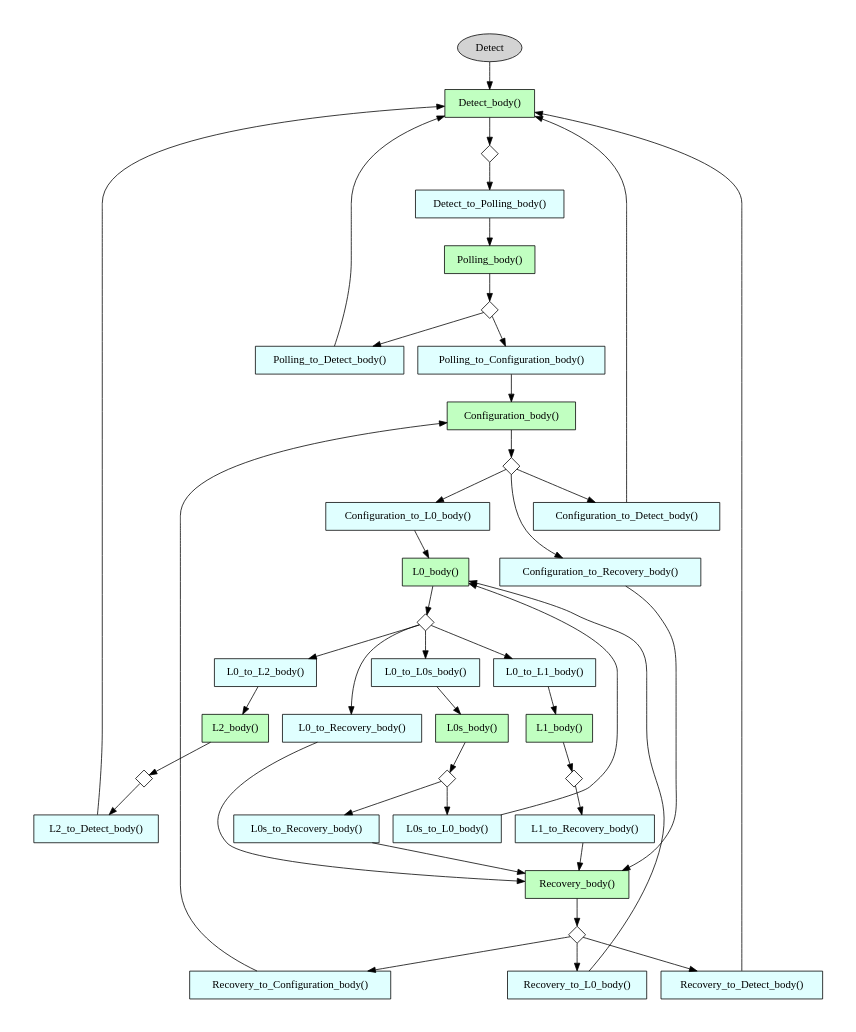
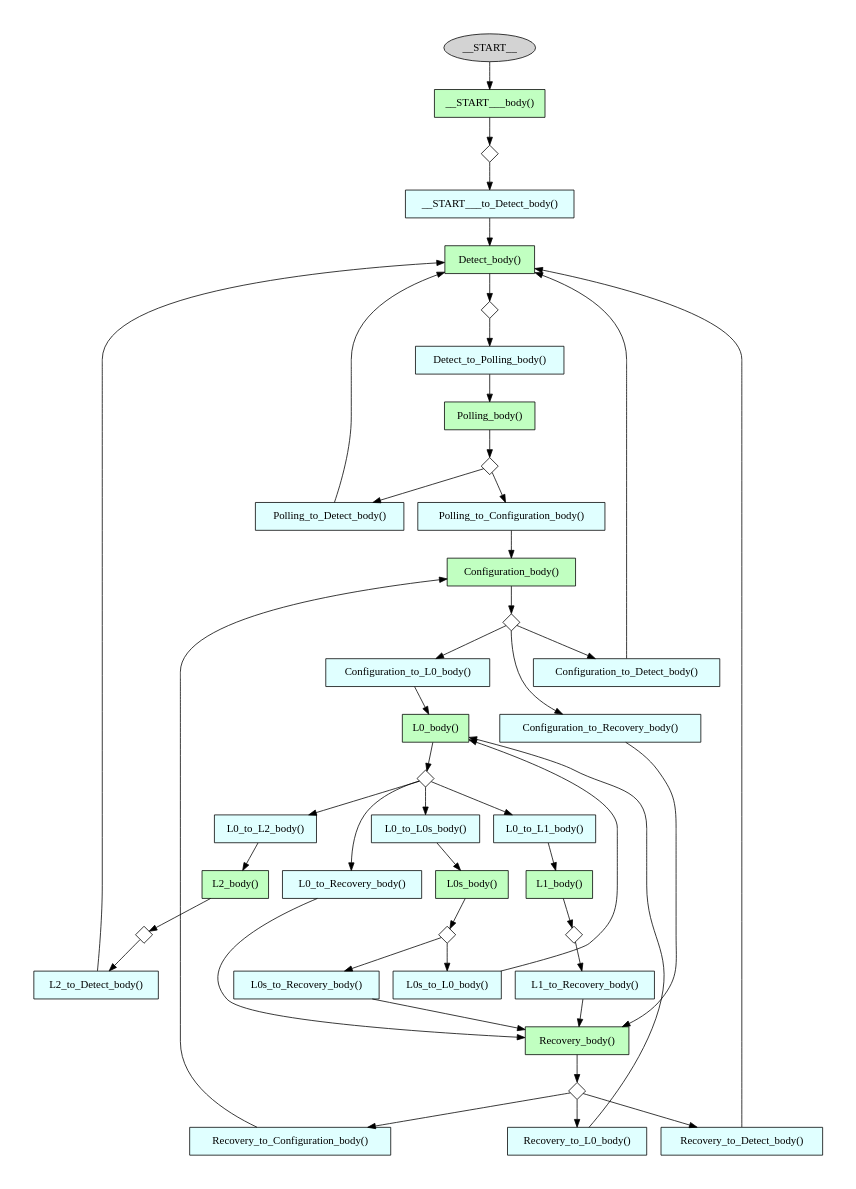
The diagram in examples/pcie_link_training/pcie_link_training_pkg/src/sv/pcie_link_training_full_graphviz.dot (stepannotuser/ugrasp_mode), drawn with Graphviz before and after one commit. The commit also changed 39 other files, not shown here.

```diff
--- a/examples/pcie_link_training/pcie_link_training_pkg/src/sv/pcie_link_training_full_graphviz.dot
+++ b/examples/pcie_link_training/pcie_link_training_pkg/src/sv/pcie_link_training_full_graphviz.dot
@@ -1,85 +1,90 @@
 // SVGraph pcie_link_training
 // File    pcie_link_training_full_graphviz.dot
 
 
 digraph pcie_link_training {
   pad="0.5"
-
-  Detect [label="Detect" fillcolor=lightgrey style=filled];
-  Detect -> Detect_body;
+  __START__ [label="__START__" fillcolor=lightgrey style=filled];
+  __START__ -> __START___body;
   Detect_body [label="Detect_body()" shape=box style=filled fillcolor=darkseagreen1];
   Detect_sel [label="" shape=diamond height="0.3" width="0.3"];
   Detect_body -> Detect_sel;
   Detect_to_Polling_body [label="Detect_to_Polling_body()" shape=box style=filled fillcolor=lightcyan];
-  Detect_sel -> Detect_to_Polling_body ;
+  Detect_sel -> Detect_to_Polling_body
   Detect_to_Polling_body -> Polling_body;
   Polling_body [label="Polling_body()" shape=box style=filled fillcolor=darkseagreen1];
   Polling_sel [label="" shape=diamond height="0.3" width="0.3"];
   Polling_body -> Polling_sel;
   Polling_to_Detect_body [label="Polling_to_Detect_body()" shape=box style=filled fillcolor=lightcyan];
-  Polling_sel -> Polling_to_Detect_body ;
+  Polling_sel -> Polling_to_Detect_body
   Polling_to_Detect_body -> Detect_body;
   Polling_to_Configuration_body [label="Polling_to_Configuration_body()" shape=box style=filled fillcolor=lightcyan];
-  Polling_sel -> Polling_to_Configuration_body ;
+  Polling_sel -> Polling_to_Configuration_body
   Polling_to_Configuration_body -> Configuration_body;
   Configuration_body [label="Configuration_body()" shape=box style=filled fillcolor=darkseagreen1];
   Configuration_sel [label="" shape=diamond height="0.3" width="0.3"];
   Configuration_body -> Configuration_sel;
   Configuration_to_L0_body [label="Configuration_to_L0_body()" shape=box style=filled fillcolor=lightcyan];
-  Configuration_sel -> Configuration_to_L0_body ;
+  Configuration_sel -> Configuration_to_L0_body
   Configuration_to_L0_body -> L0_body;
   Configuration_to_Recovery_body [label="Configuration_to_Recovery_body()" shape=box style=filled fillcolor=lightcyan];
-  Configuration_sel -> Configuration_to_Recovery_body ;
+  Configuration_sel -> Configuration_to_Recovery_body
   Configuration_to_Recovery_body -> Recovery_body;
   Configuration_to_Detect_body [label="Configuration_to_Detect_body()" shape=box style=filled fillcolor=lightcyan];
-  Configuration_sel -> Configuration_to_Detect_body ;
+  Configuration_sel -> Configuration_to_Detect_body
   Configuration_to_Detect_body -> Detect_body;
   L0_body [label="L0_body()" shape=box style=filled fillcolor=darkseagreen1];
   L0_sel [label="" shape=diamond height="0.3" width="0.3"];
   L0_body -> L0_sel;
   L0_to_L1_body [label="L0_to_L1_body()" shape=box style=filled fillcolor=lightcyan];
-  L0_sel -> L0_to_L1_body ;
+  L0_sel -> L0_to_L1_body
   L0_to_L1_body -> L1_body;
   L0_to_L0s_body [label="L0_to_L0s_body()" shape=box style=filled fillcolor=lightcyan];
-  L0_sel -> L0_to_L0s_body ;
+  L0_sel -> L0_to_L0s_body
   L0_to_L0s_body -> L0s_body;
   L0_to_L2_body [label="L0_to_L2_body()" shape=box style=filled fillcolor=lightcyan];
-  L0_sel -> L0_to_L2_body ;
+  L0_sel -> L0_to_L2_body
   L0_to_L2_body -> L2_body;
   L0_to_Recovery_body [label="L0_to_Recovery_body()" shape=box style=filled fillcolor=lightcyan];
-  L0_sel -> L0_to_Recovery_body ;
+  L0_sel -> L0_to_Recovery_body
   L0_to_Recovery_body -> Recovery_body;
   Recovery_body [label="Recovery_body()" shape=box style=filled fillcolor=darkseagreen1];
   Recovery_sel [label="" shape=diamond height="0.3" width="0.3"];
   Recovery_body -> Recovery_sel;
   Recovery_to_Configuration_body [label="Recovery_to_Configuration_body()" shape=box style=filled fillcolor=lightcyan];
-  Recovery_sel -> Recovery_to_Configuration_body ;
+  Recovery_sel -> Recovery_to_Configuration_body
   Recovery_to_Configuration_body -> Configuration_body;
   Recovery_to_L0_body [label="Recovery_to_L0_body()" shape=box style=filled fillcolor=lightcyan];
-  Recovery_sel -> Recovery_to_L0_body ;
+  Recovery_sel -> Recovery_to_L0_body
   Recovery_to_L0_body -> L0_body;
   Recovery_to_Detect_body [label="Recovery_to_Detect_body()" shape=box style=filled fillcolor=lightcyan];
-  Recovery_sel -> Recovery_to_Detect_body ;
+  Recovery_sel -> Recovery_to_Detect_body
   Recovery_to_Detect_body -> Detect_body;
   L1_body [label="L1_body()" shape=box style=filled fillcolor=darkseagreen1];
   L1_sel [label="" shape=diamond height="0.3" width="0.3"];
   L1_body -> L1_sel;
   L1_to_Recovery_body [label="L1_to_Recovery_body()" shape=box style=filled fillcolor=lightcyan];
-  L1_sel -> L1_to_Recovery_body ;
+  L1_sel -> L1_to_Recovery_body
   L1_to_Recovery_body -> Recovery_body;
+  L0s_body [label="L0s_body()" shape=box style=filled fillcolor=darkseagreen1];
+  L0s_sel [label="" shape=diamond height="0.3" width="0.3"];
+  L0s_body -> L0s_sel;
+  L0s_to_L0_body [label="L0s_to_L0_body()" shape=box style=filled fillcolor=lightcyan];
+  L0s_sel -> L0s_to_L0_body
+  L0s_to_L0_body -> L0_body;
+  L0s_to_Recovery_body [label="L0s_to_Recovery_body()" shape=box style=filled fillcolor=lightcyan];
+  L0s_sel -> L0s_to_Recovery_body
+  L0s_to_Recovery_body -> Recovery_body;
   L2_body [label="L2_body()" shape=box style=filled fillcolor=darkseagreen1];
   L2_sel [label="" shape=diamond height="0.3" width="0.3"];
   L2_body -> L2_sel;
   L2_to_Detect_body [label="L2_to_Detect_body()" shape=box style=filled fillcolor=lightcyan];
-  L2_sel -> L2_to_Detect_body ;
+  L2_sel -> L2_to_Detect_body
   L2_to_Detect_body -> Detect_body;
-  L0s_body [label="L0s_body()" shape=box style=filled fillcolor=darkseagreen1];
-  L0s_sel [label="" shape=diamond height="0.3" width="0.3"];
-  L0s_body -> L0s_sel;
-  L0s_to_L0_body [label="L0s_to_L0_body()" shape=box style=filled fillcolor=lightcyan];
-  L0s_sel -> L0s_to_L0_body ;
-  L0s_to_L0_body -> L0_body;
-  L0s_to_Recovery_body [label="L0s_to_Recovery_body()" shape=box style=filled fillcolor=lightcyan];
-  L0s_sel -> L0s_to_Recovery_body ;
-  L0s_to_Recovery_body -> Recovery_body;
+  __START___body [label="__START___body()" shape=box style=filled fillcolor=darkseagreen1];
+  __START___sel [label="" shape=diamond height="0.3" width="0.3"];
+  __START___body -> __START___sel;
+  __START___to_Detect_body [label="__START___to_Detect_body()" shape=box style=filled fillcolor=lightcyan];
+  __START___sel -> __START___to_Detect_body
+  __START___to_Detect_body -> Detect_body;
 }
```
